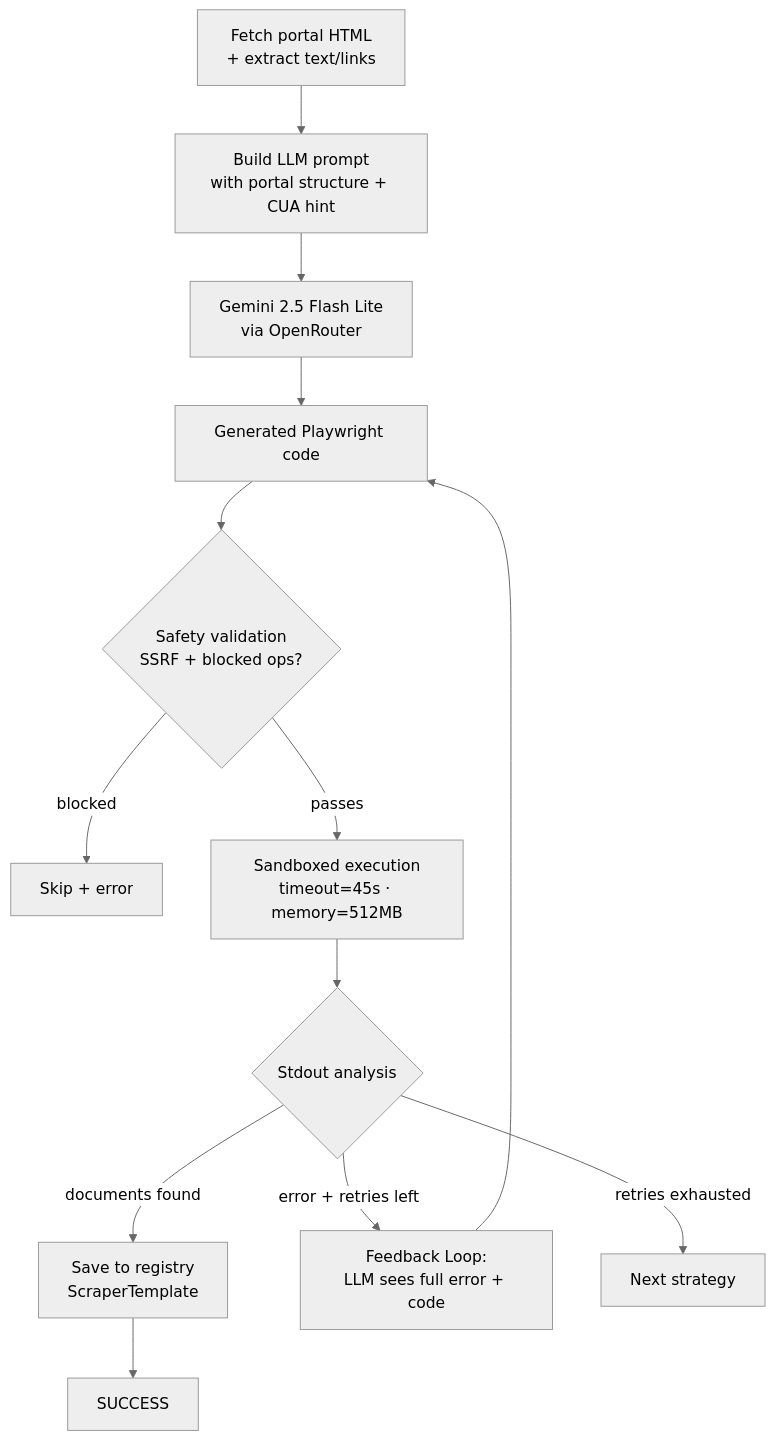
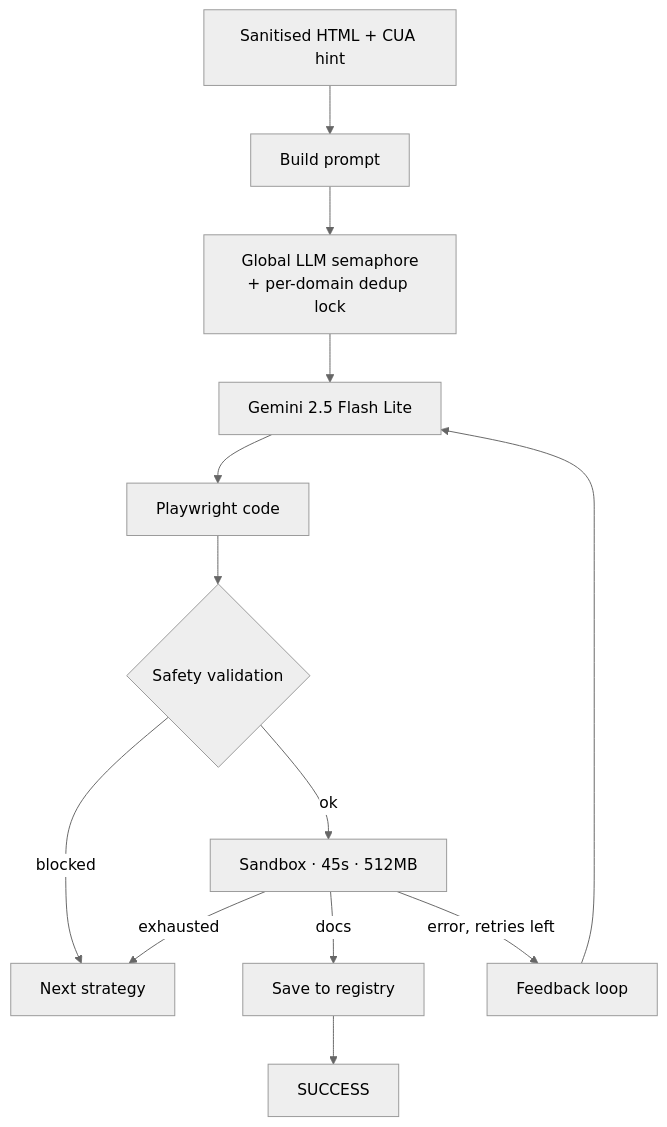
The fourth of 9 diagrams in docs/PIPELINE.md (Siddharthpatni/Project-1), drawn with Mermaid (neutral theme) before and after one commit. The commit also changed other lines of this file and 9 other files, not shown here.

````diff
--- a/docs/PIPELINE.md
+++ b/docs/PIPELINE.md
@@ -127,15 +131,13 @@
 ```mermaid
 flowchart TD
-    HTML[Fetch portal HTML<br/>+ extract text/links] --> PROMPT[Build LLM prompt<br/>with portal structure + CUA hint]
-    PROMPT --> LLM[Gemini 2.5 Flash Lite<br/>via OpenRouter]
-    LLM --> CODE[Generated Playwright code]
-    CODE --> VAL{Safety validation<br/>SSRF + blocked ops?}
-    VAL -- blocked --> FAIL[Skip + error]
-    VAL -- passes --> SBX[Sandboxed execution<br/>timeout=45s · memory=512MB]
-    SBX --> OUT{Stdout analysis}
-    OUT -- documents found --> REGISTER[Save to registry<br/>ScraperTemplate]
-    OUT -- error + retries left --> FB[Feedback Loop:<br/>LLM sees full error + code]
-    FB --> CODE
-    OUT -- retries exhausted --> NEXT[Next strategy]
-    REGISTER --> SUCCESS
+    HTML[Sanitised HTML + CUA hint] --> PROMPT[Build prompt]
+    PROMPT --> SEM[Global LLM semaphore<br/>+ per-domain dedup lock]
+    SEM --> LLM[Gemini 2.5 Flash Lite]
+    LLM --> CODE[Playwright code]
+    CODE --> VAL{Safety validation}
+    VAL -- blocked --> NEXT[Next strategy]
+    VAL -- ok --> SBX[Sandbox · 45s · 512MB]
+    SBX -- docs --> REG[Save to registry] --> SUCCESS
+    SBX -- error, retries left --> FB[Feedback loop] --> LLM
+    SBX -- exhausted --> NEXT
 ```
````
